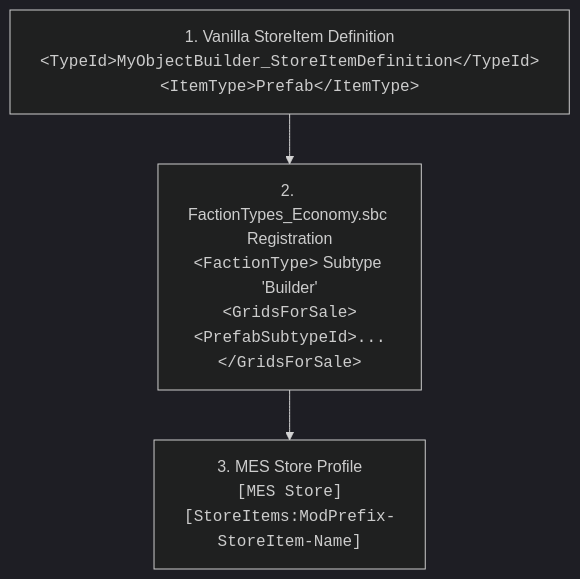
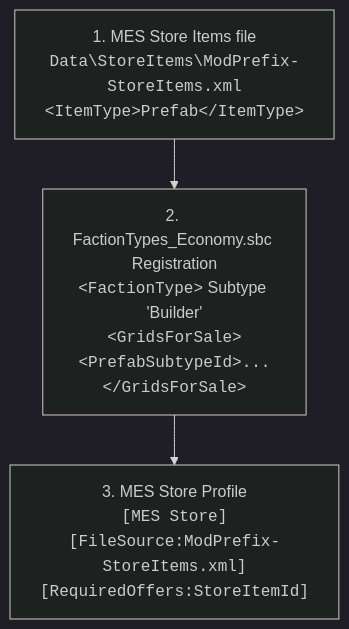
One commit to Blaylock1988/se-dev-mes changed the first of 2 diagrams in references/economy_and_stores.md. Above: the diagram before and after it, drawn with Mermaid (dark theme). The commit also changed other lines of this file and 23 other files, not shown here.

First line of the commit message:
fix(audit): ignore XML-commented profiles and nested prefab Ids in duplicate check

````diff
--- a/references/economy_and_stores.md
+++ b/references/economy_and_stores.md
@@ -11,5 +11,5 @@
 ```mermaid
 flowchart TD
-    A["1. Vanilla StoreItem Definition<br/><code>&lt;TypeId&gt;MyObjectBuilder_StoreItemDefinition&lt;/TypeId&gt;</code><br/><code>&lt;ItemType&gt;Prefab&lt;/ItemType&gt;</code>"] --> B["2. FactionTypes_Economy.sbc Registration<br/><code>&lt;FactionType&gt;</code> Subtype 'Builder'<br/><code>&lt;GridsForSale&gt;&lt;PrefabSubtypeId&gt;...&lt;/GridsForSale&gt;</code>"]
-    B --> C["3. MES Store Profile<br/><code>[MES Store]</code><br/><code>[StoreItems:ModPrefix-StoreItem-Name]</code>"]
+    A["1. MES Store Items file<br/><code>Data\StoreItems\ModPrefix-StoreItems.xml</code><br/><code>&lt;ItemType&gt;Prefab&lt;/ItemType&gt;</code>"] --> B["2. FactionTypes_Economy.sbc Registration<br/><code>&lt;FactionType&gt;</code> Subtype 'Builder'<br/><code>&lt;GridsForSale&gt;&lt;PrefabSubtypeId&gt;...&lt;/GridsForSale&gt;</code>"]
+    B --> C["3. MES Store Profile<br/><code>[MES Store]</code><br/><code>[FileSource:ModPrefix-StoreItems.xml]</code><br/><code>[RequiredOffers:StoreItemId]</code>"]
 ```
````
